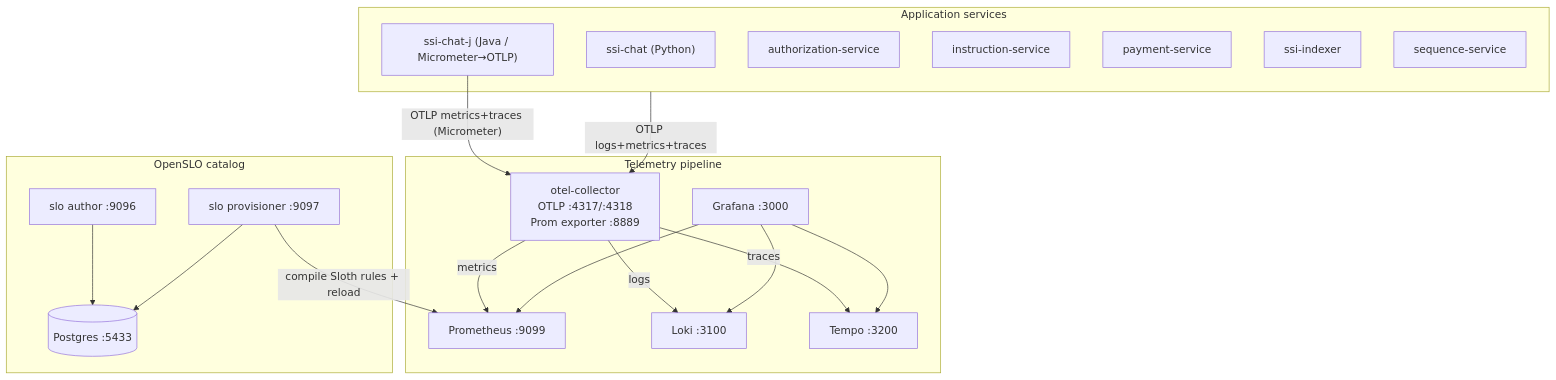
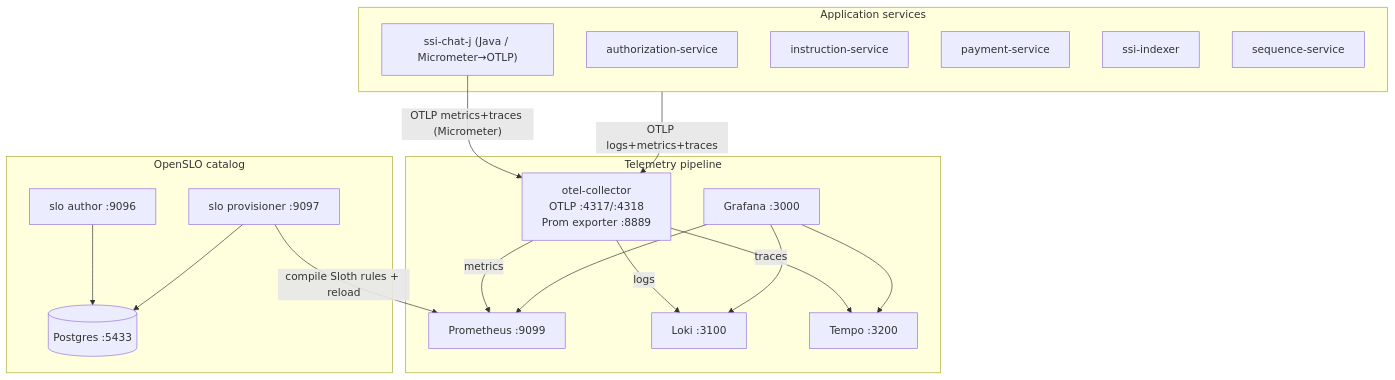
Before and after one commit to sanjuthomas/policy-pilot: the diagram in docs/observability.md, drawn with Mermaid. The commit also changed other lines of this file and 27 other files, not shown here.

First line of the commit message:
Document Java-only chat cutover and the 98-case golden bank.

````diff
--- a/docs/observability.md
+++ b/docs/observability.md
@@ -9,38 +9,37 @@
 ```mermaid
 flowchart TB
   subgraph Apps["Application services"]
-    CHAT["ssi-chat (Python)"]
-    CHATJ["ssi-chat-j (Java / Micrometer→OTLP)"]
+    CHAT["ssi-chat-j (Java / Micrometer→OTLP)"]
     AUTHZ["authorization-service"]
     INST["instruction-service"]
     PAY["payment-service"]
     ETL["ssi-indexer"]
     SEQ["sequence-service"]
   end
 
   subgraph Telemetry["Telemetry pipeline"]
     OTEL["otel-collector<br/>OTLP :4317/:4318<br/>Prom exporter :8889"]
     PROM["Prometheus :9099"]
     LOKI["Loki :3100"]
     TEMPO["Tempo :3200"]
     GRAF["Grafana :3000"]
   end
 
   subgraph SLO["OpenSLO catalog"]
     AUTHOR["slo author :9096"]
     PROV["slo provisioner :9097"]
     PG[(Postgres :5433)]
   end
 
   Apps -->|"OTLP logs+metrics+traces"| OTEL
-  CHATJ -->|"OTLP metrics+traces (Micrometer)"| OTEL
+  CHAT -->|"OTLP metrics+traces (Micrometer)"| OTEL
   OTEL -->|metrics| PROM
   OTEL -->|logs| LOKI
   OTEL -->|traces| TEMPO
   GRAF --> PROM
   GRAF --> LOKI
   GRAF --> TEMPO
   AUTHOR --> PG
   PROV --> PG
   PROV -->|"compile Sloth rules + reload"| PROM
 ```
````
